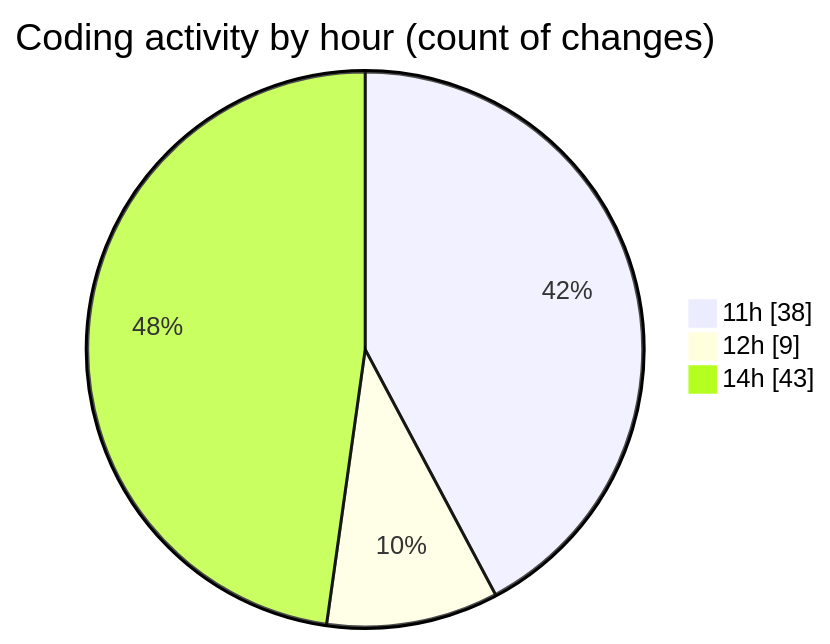
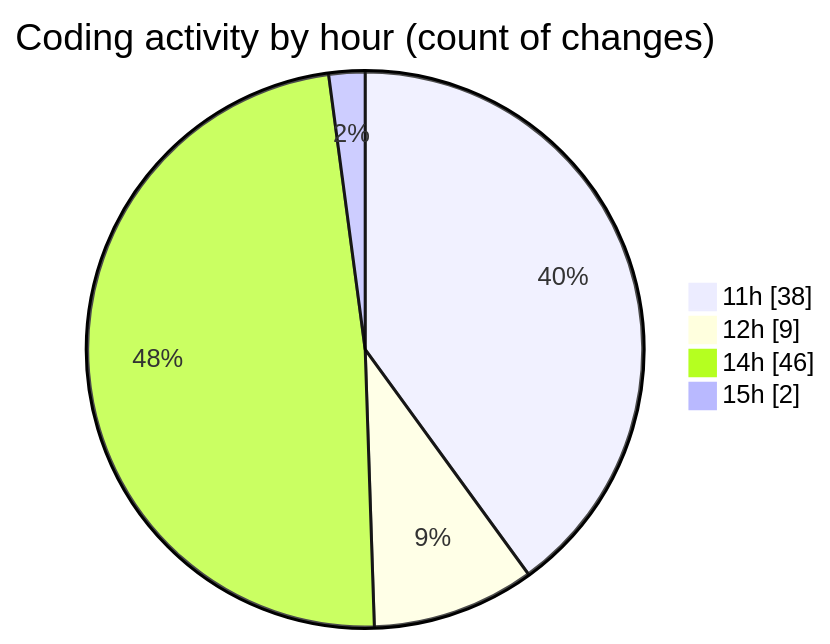
One commit to momahboobian/code-tracking changed the second of 2 diagrams in 2026-03-19/commonwealth-front-end-task/README.md. Above: the diagram before and after it, drawn with Mermaid. The commit also changed other lines of this file and 1 other file, not shown here.

````diff
--- a/2026-03-19/commonwealth-front-end-task/README.md
+++ b/2026-03-19/commonwealth-front-end-task/README.md
@@ -51,7 +52,8 @@
 ```mermaid
 pie showData
 title Coding activity by hour (count of changes)
 "11h" : 38
 "12h" : 9
-"14h" : 43
+"14h" : 46
+"15h" : 2
 ```
````
